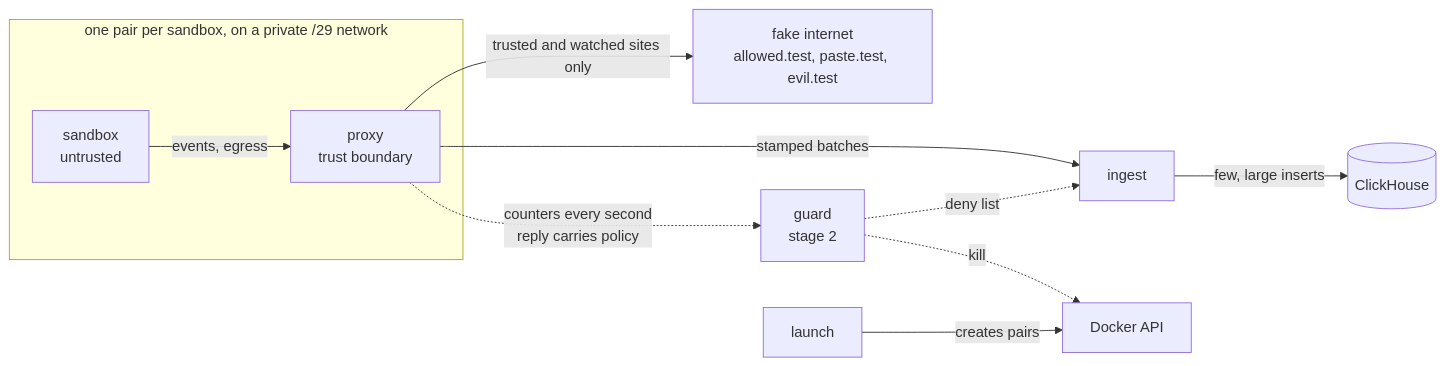
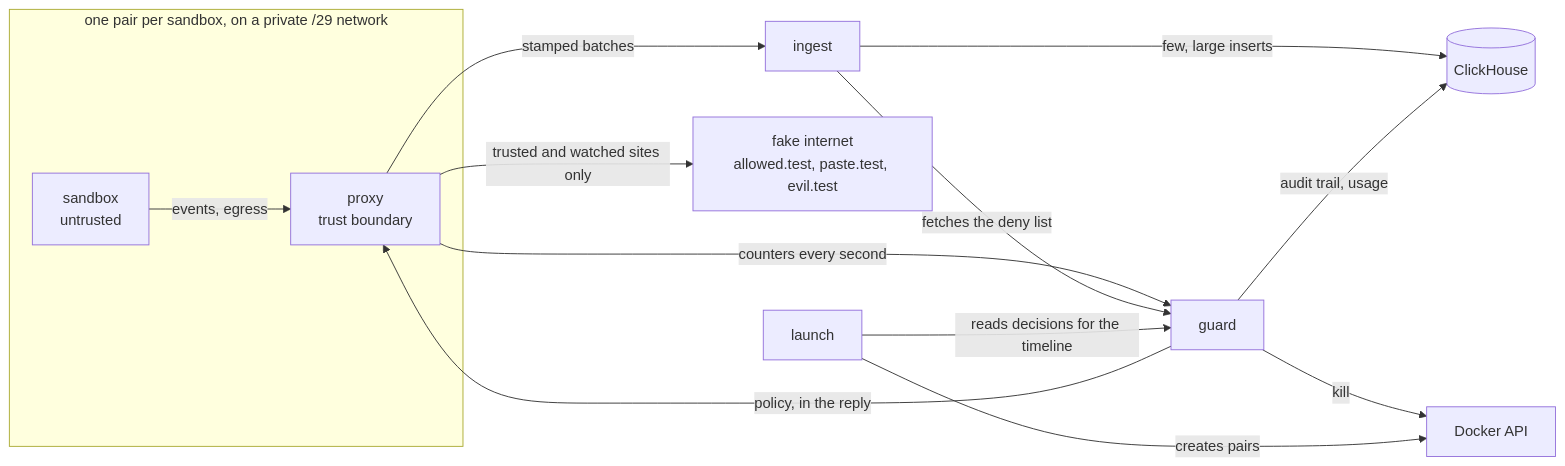
One commit to joachimzetterman/tiny-sandbox-infra changed the diagram in README.md. Above: the diagram before and after it, drawn with Mermaid. The commit also changed other lines of this file and 2 other files, not shown here.

First line of the commit message:
Document stage 2

````diff
--- a/README.md
+++ b/README.md
@@ -22,13 +105,16 @@
 ```mermaid
 flowchart LR
     subgraph pair["one pair per sandbox, on a private /29 network"]
         S[sandbox<br/>untrusted] -->|events, egress| P[proxy<br/>trust boundary]
     end
     P -->|stamped batches| I[ingest]
     I -->|few, large inserts| CH[(ClickHouse)]
     P -->|trusted and watched sites only| F[fake internet<br/>allowed.test, paste.test, evil.test]
-    P -.->|counters every second<br/>reply carries policy| G[guard<br/>stage 2]
-    G -.->|deny list| I
-    G -.->|kill| D[Docker API]
+    P -->|counters every second| G[guard]
+    G -->|policy, in the reply| P
+    I -->|fetches the deny list| G
+    G -->|audit trail, usage| CH
+    G -->|kill| D[Docker API]
     L[launch] -->|creates pairs| D
+    L -->|reads decisions for the timeline| G
 ```
````
